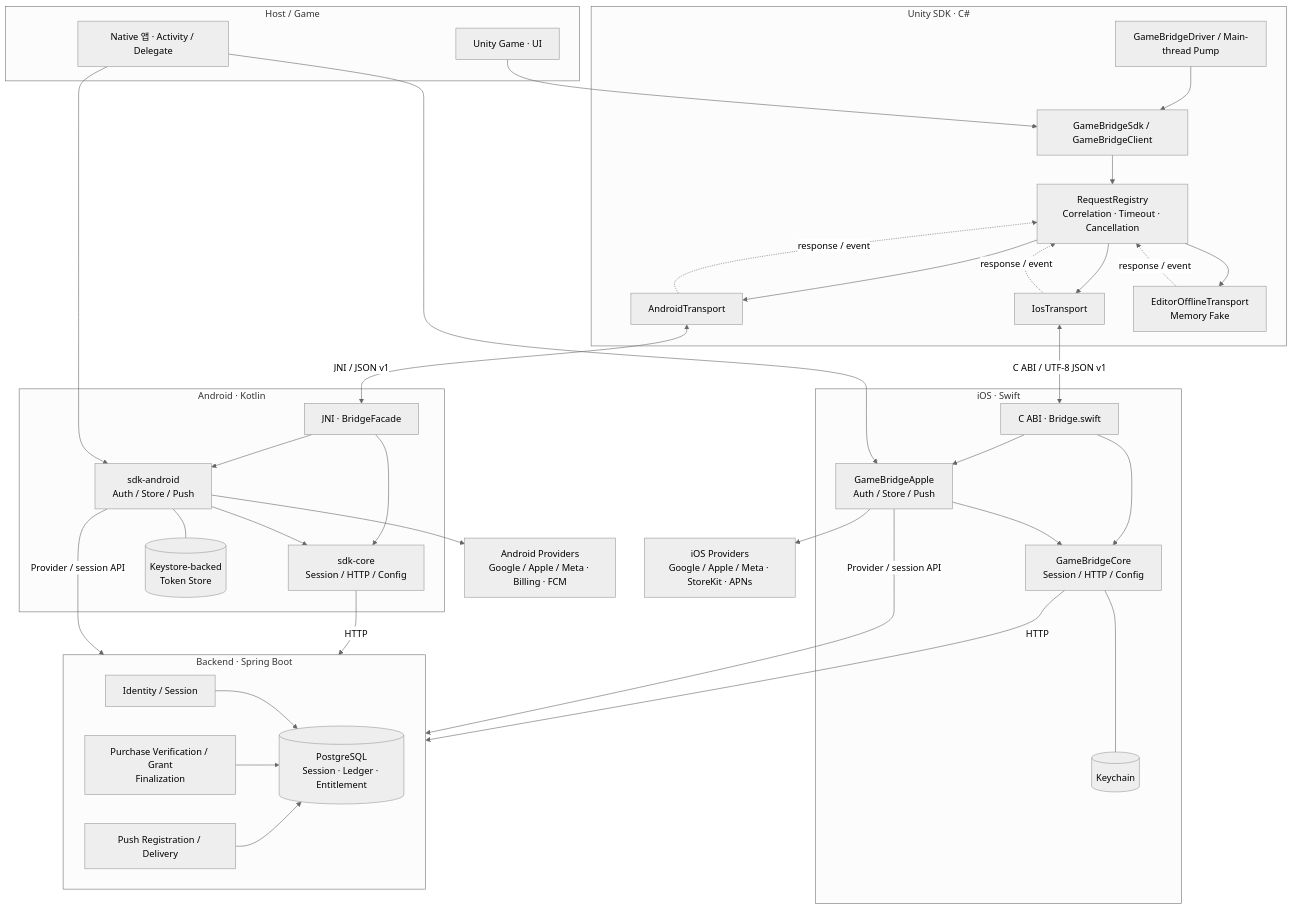
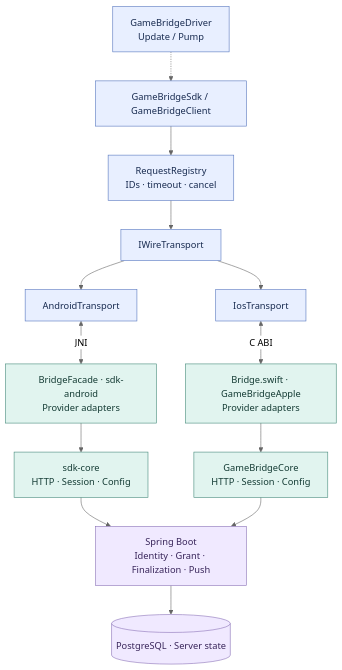
One commit to CodingBot000/GameBridge_SDK changed the first of 5 diagrams in docs/TECHNICAL_OVERVIEW.md. Above: the diagram before and after it, drawn with Mermaid (neutral theme). The commit also changed other lines of this file and 4 other files, not shown here.

Commit message:
docs: validate portfolio diagrams and index public verification evidence (#22)

````diff
--- a/docs/TECHNICAL_OVERVIEW.md
+++ b/docs/TECHNICAL_OVERVIEW.md
@@ -27,65 +29,21 @@
 ```mermaid
 flowchart TB
-    subgraph HOST["Host / Game"]
-        GAME["Unity Game · UI"]
-        NATIVE["Native 앱 · Activity / Delegate"]
-    end
-    subgraph UNITY["Unity SDK · C#"]
-        API["GameBridgeSdk / GameBridgeClient"]
-        REG["RequestRegistry<br/>Correlation · Timeout · Cancellation"]
-        PUMP["GameBridgeDriver / Main-thread Pump"]
-        AT["AndroidTransport"]
-        IT["IosTransport"]
-        OFF["EditorOfflineTransport<br/>Memory Fake"]
-        API --> REG
-        REG --> OFF
-        OFF -. "response / event" .-> REG
-        REG --> AT
-        REG --> IT
-        PUMP --> API
-        AT -. "response / event" .-> REG
-        IT -. "response / event" .-> REG
-    end
-    subgraph ANDROID["Android · Kotlin"]
-        JNI["JNI · BridgeFacade"]
-        ACORE["sdk-core<br/>Session / HTTP / Config"]
-        AN["sdk-android<br/>Auth / Store / Push"]
-        KS[("Keystore-backed<br/>Token Store")]
-        JNI --> ACORE
-        JNI --> AN
-        AN --> ACORE
-        AN --- KS
-    end
-    subgraph IOS["iOS · Swift"]
-        CABI["C ABI · Bridge.swift"]
-        ICORE["GameBridgeCore<br/>Session / HTTP / Config"]
-        IN["GameBridgeApple<br/>Auth / Store / Push"]
-        KC[("Keychain")]
-        CABI --> ICORE
-        CABI --> IN
-        IN --> ICORE
-        ICORE --- KC
-    end
-    subgraph SERVER["Backend · Spring Boot"]
-        ID["Identity / Session"]
-        BUY["Purchase Verification / Grant<br/>Finalization"]
-        PUSH["Push Registration / Delivery"]
-        DB[("PostgreSQL<br/>Session · Ledger · Entitlement")]
-        ID --> DB
-        BUY --> DB
-        PUSH --> DB
-    end
-    PA["Android Providers<br/>Google / Apple / Meta · Billing · FCM"]
-    PI["iOS Providers<br/>Google / Apple / Meta · StoreKit · APNs"]
-    GAME --> API
-    NATIVE --> AN
-    NATIVE --> IN
-    AT <-->|"JNI / JSON v1"| JNI
-    IT <-->|"C ABI / UTF-8 JSON v1"| CABI
-    AN --> PA
-    IN --> PI
-    ACORE -->|"HTTP"| SERVER
-    ICORE -->|"HTTP"| SERVER
-    AN -->|"Provider / session API"| SERVER
-    IN -->|"Provider / session API"| SERVER
+    C["GameBridgeSdk / GameBridgeClient"] --> R["RequestRegistry<br/>IDs · timeout · cancel"]
+    P["GameBridgeDriver<br/>Update / Pump"] -.-> C
+    R --> T["IWireTransport"]
+    T --> AT["AndroidTransport"]
+    T --> IT["IosTransport"]
+    AT <-->|JNI| A["BridgeFacade · sdk-android<br/>Provider adapters"]
+    IT <-->|C ABI| I["Bridge.swift · GameBridgeApple<br/>Provider adapters"]
+    A --> AK["sdk-core<br/>HTTP · Session · Config"]
+    I --> IK["GameBridgeCore<br/>HTTP · Session · Config"]
+    AK --> B["Spring Boot<br/>Identity · Grant · Finalization · Push"]
+    IK --> B
+    B --> D[("PostgreSQL · Server state")]
+    classDef unity fill:#e8efff,stroke:#5374bd,color:#182b50
+    classDef native fill:#e1f4ef,stroke:#428878,color:#143b34
+    classDef server fill:#f0e9ff,stroke:#8971b6,color:#38255a
+    class C,R,P,T,AT,IT unity
+    class A,I,AK,IK native
+    class B,D server
 ```
````
